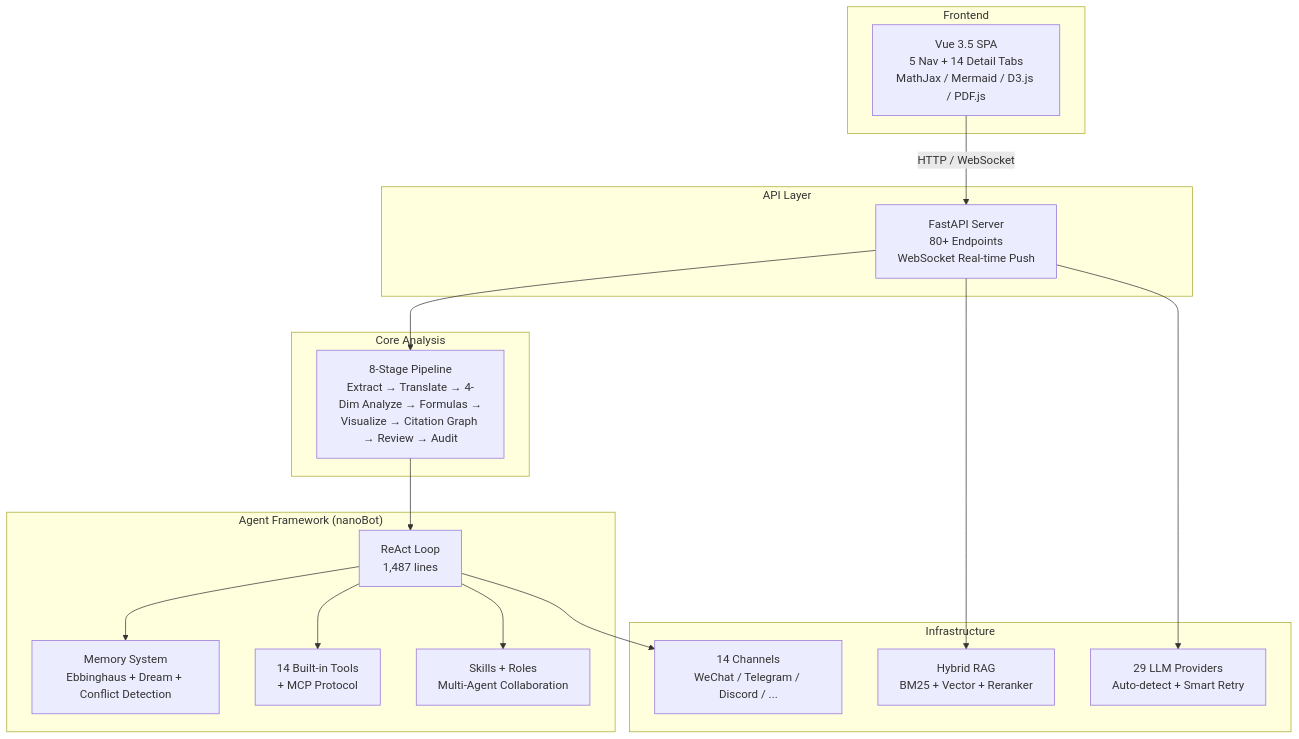
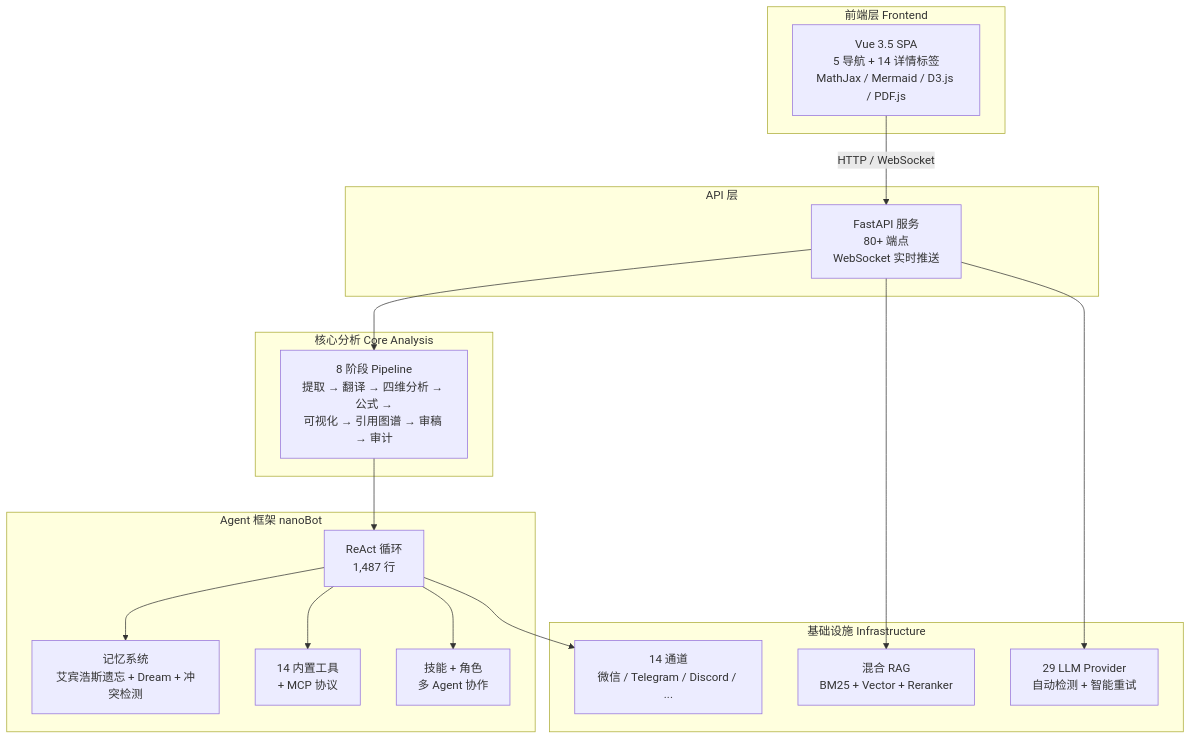
One commit to silver4444-xs/silver_research_bot changed the first of 2 diagrams in README.md. Above: the diagram before and after it, drawn with Mermaid. The commit also changed other lines of this file, not shown here.

````diff
--- a/README.md
+++ b/README.md
@@ -146,37 +146,37 @@
 ```mermaid
 graph TB
-    subgraph Frontend["Frontend"]
-        VUE["Vue 3.5 SPA<br/>5 Nav + 14 Detail Tabs<br/>MathJax / Mermaid / D3.js / PDF.js"]
+    subgraph Frontend["前端层 Frontend"]
+        VUE["Vue 3.5 SPA<br/>5 导航 + 14 详情标签<br/>MathJax / Mermaid / D3.js / PDF.js"]
     end
 
-    subgraph API["API Layer"]
-        FAST["FastAPI Server<br/>80+ Endpoints<br/>WebSocket Real-time Push"]
+    subgraph API["API 层"]
+        FAST["FastAPI 服务<br/>80+ 端点<br/>WebSocket 实时推送"]
     end
 
-    subgraph Core["Core Analysis"]
-        PIPELINE["8-Stage Pipeline<br/>Extract → Translate → 4-Dim Analyze → Formulas →<br/>Visualize → Citation Graph → Review → Audit"]
+    subgraph Core["核心分析 Core Analysis"]
+        PIPELINE["8 阶段 Pipeline<br/>提取 → 翻译 → 四维分析 → 公式 →<br/>可视化 → 引用图谱 → 审稿 → 审计"]
     end
 
-    subgraph Agent["Agent Framework (nanoBot)"]
-        LOOP["ReAct Loop<br/>1,487 lines"]
-        MEM["Memory System<br/>Ebbinghaus + Dream + Conflict Detection"]
-        TOOLS["14 Built-in Tools<br/>+ MCP Protocol"]
-        SKILLS["Skills + Roles<br/>Multi-Agent Collaboration"]
+    subgraph Agent["Agent 框架 nanoBot"]
+        LOOP["ReAct 循环<br/>1,487 行"]
+        MEM["记忆系统<br/>艾宾浩斯遗忘 + Dream + 冲突检测"]
+        TOOLS["14 内置工具<br/>+ MCP 协议"]
+        SKILLS["技能 + 角色<br/>多 Agent 协作"]
     end
 
-    subgraph Infra["Infrastructure"]
-        RAG["Hybrid RAG<br/>BM25 + Vector + Reranker"]
-        PROV["29 LLM Providers<br/>Auto-detect + Smart Retry"]
-        CHAN["14 Channels<br/>WeChat / Telegram / Discord / ..."]
+    subgraph Infra["基础设施 Infrastructure"]
+        RAG["混合 RAG<br/>BM25 + Vector + Reranker"]
+        PROV["29 LLM Provider<br/>自动检测 + 智能重试"]
+        CHAN["14 通道<br/>微信 / Telegram / Discord / ..."]
     end
 
     VUE -->|HTTP / WebSocket| FAST
     FAST --> PIPELINE
     PIPELINE --> LOOP
     LOOP --> MEM
     LOOP --> TOOLS
     LOOP --> SKILLS
     FAST --> RAG
     FAST --> PROV
     LOOP --> CHAN
 ```
````
